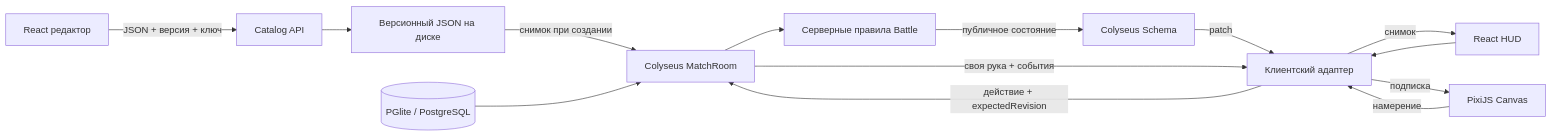
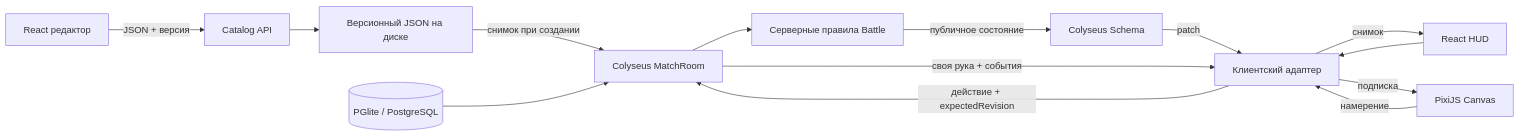
The diagram in README.md (Farus256/Kartishki), drawn with Mermaid before and after one commit. The commit also changed other lines of this file and 482 other files, not shown here.

````diff
--- a/README.md
+++ b/README.md
@@ -108,16 +103,16 @@
 ```mermaid
 flowchart LR
-  Editor[React редактор] -->|JSON + версия + ключ| API[Catalog API]
+  Editor[React редактор] -->|JSON + версия| API[Catalog API]
   API --> Disk[Версионный JSON на диске]
   Disk -->|снимок при создании| Room[Colyseus MatchRoom]
   Players[(PGlite / PostgreSQL)] --> Room
   React[React HUD] --> Session[Клиентский адаптер]
   Pixi[PixiJS Canvas] -->|намерение| Session
   Session -->|действие + expectedRevision| Room
   Room --> Battle[Серверные правила Battle]
   Battle -->|публичное состояние| Schema[Colyseus Schema]
   Schema -->|patch| Session
   Room -->|своя рука + события| Session
   Session -->|снимок| React
   Session -->|подписка| Pixi
 ```
````
